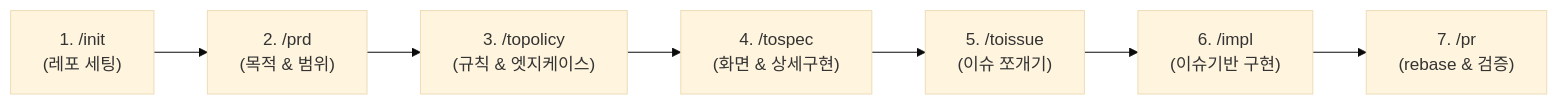
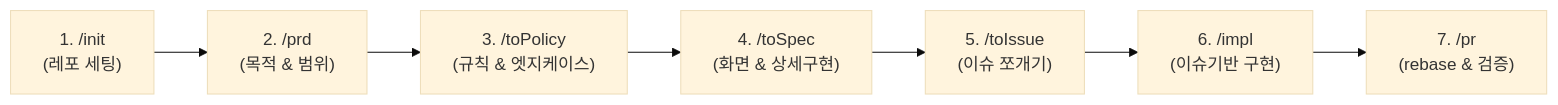
One commit to delightPIP/teamproject changed the diagram in README.md. Above: the diagram before and after it, drawn with Mermaid (base theme). The commit also changed other lines of this file and 8 other files, not shown here.

````diff
--- a/README.md
+++ b/README.md
@@ -7,9 +7,9 @@
 ```mermaid
 flowchart LR
     A["1. /init<br>(레포 세팅)"] --> B["2. /prd<br>(목적 & 범위)"]
-    B --> C["3. /topolicy<br>(규칙 & 엣지케이스)"]
-    C --> D["4. /tospec<br>(화면 & 상세구현)"]
-    D --> E["5. /toissue<br>(이슈 쪼개기)"]
+    B --> C["3. /toPolicy<br>(규칙 & 엣지케이스)"]
+    C --> D["4. /toSpec<br>(화면 & 상세구현)"]
+    D --> E["5. /toIssue<br>(이슈 쪼개기)"]
     E --> F["6. /impl<br>(이슈기반 구현)"]
     F --> G["7. /pr<br>(rebase & 검증)"]
 ```
````
